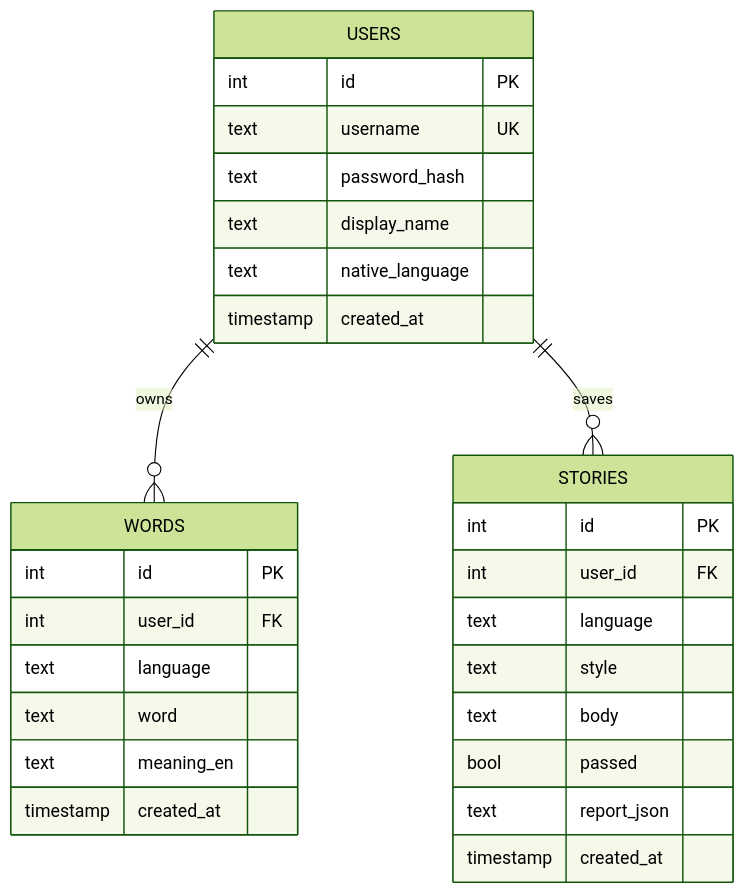
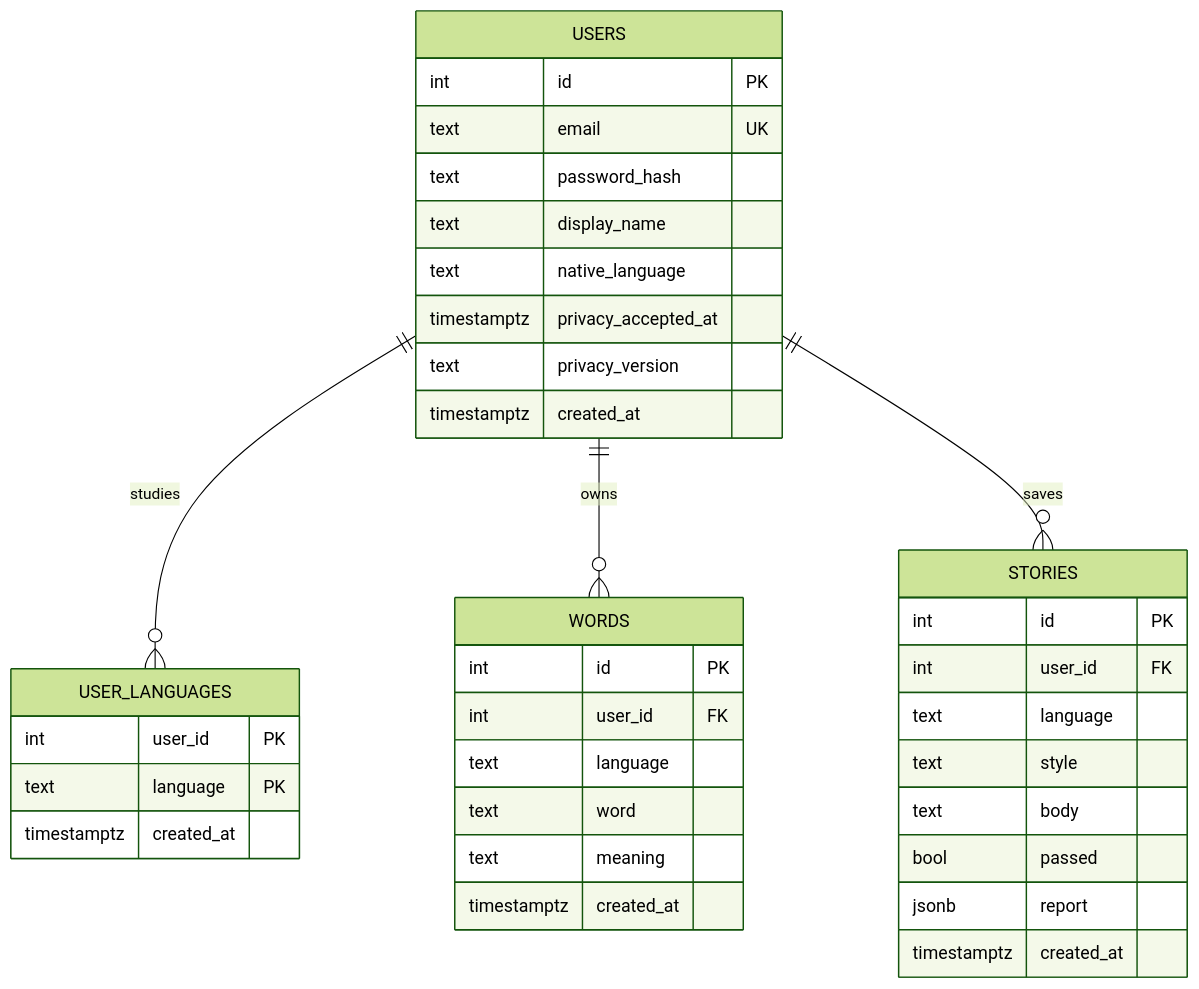
Before and after one commit to stanley-yang-2001/bpllc_project: the fifth of 5 diagrams in docs/WEB-APP-DESIGN.md, drawn with Mermaid (forest theme). The commit also changed other lines of this file and 101 other files, not shown here.

````diff
--- a/docs/WEB-APP-DESIGN.md
+++ b/docs/WEB-APP-DESIGN.md
@@ -205,31 +298,39 @@
 ```mermaid
 erDiagram
+  USERS ||--o{ USER_LANGUAGES : studies
   USERS ||--o{ WORDS : owns
   USERS ||--o{ STORIES : saves
   USERS {
     int id PK
-    text username UK
+    text email UK
     text password_hash
     text display_name
     text native_language
-    timestamp created_at
+    timestamptz privacy_accepted_at
+    text privacy_version
+    timestamptz created_at
+  }
+  USER_LANGUAGES {
+    int user_id PK
+    text language PK
+    timestamptz created_at
   }
   WORDS {
     int id PK
     int user_id FK
     text language
     text word
-    text meaning_en
-    timestamp created_at
+    text meaning
+    timestamptz created_at
   }
   STORIES {
     int id PK
     int user_id FK
     text language
     text style
     text body
     bool passed
-    text report_json
-    timestamp created_at
+    jsonb report
+    timestamptz created_at
   }
 ```
````
